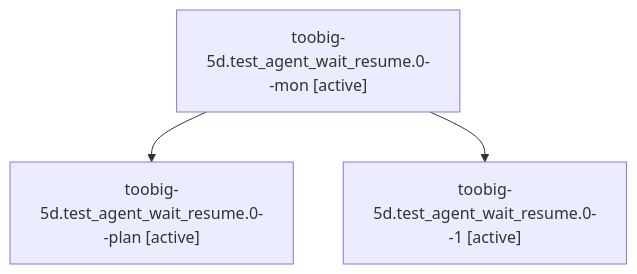
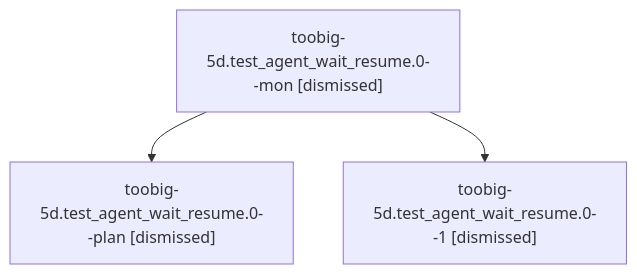
Before and after one commit to sase-org/sase--agents: the diagram in sessions/bbugyi200.athena.toobig-5d.test_agent_wait_resume.0.md, drawn with Mermaid. The commit also changed other lines of this file and 99 other files, not shown here.

````diff
--- a/sessions/bbugyi200.athena.toobig-5d.test_agent_wait_resume.0.md
+++ b/sessions/bbugyi200.athena.toobig-5d.test_agent_wait_resume.0.md
@@ -9,8 +9,8 @@
 ```mermaid
 flowchart TD
-  n0["toobig-5d.test_agent_wait_resume.0--mon [active]"]
-  n1["toobig-5d.test_agent_wait_resume.0--plan [active]"]
+  n0["toobig-5d.test_agent_wait_resume.0--mon [dismissed]"]
+  n1["toobig-5d.test_agent_wait_resume.0--plan [dismissed]"]
   n0 --> n1
-  n2["toobig-5d.test_agent_wait_resume.0--1 [active]"]
+  n2["toobig-5d.test_agent_wait_resume.0--1 [dismissed]"]
   n0 --> n2
 ```
````
